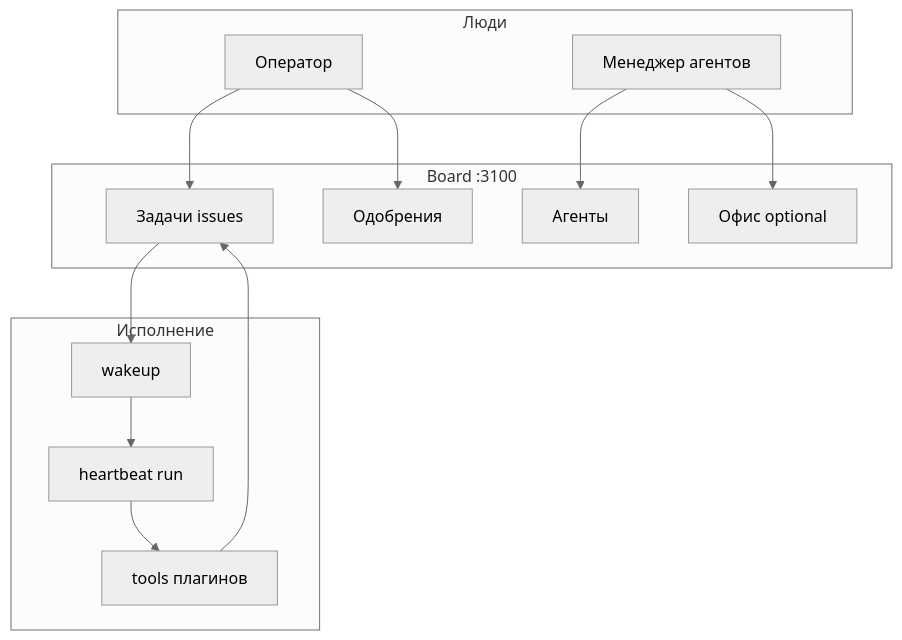
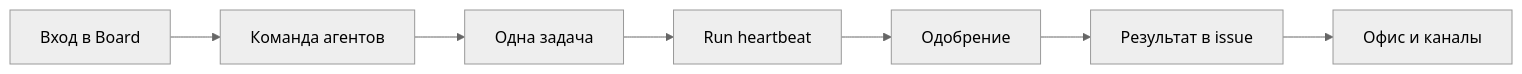
One commit to Dmitriion/datagent-docs changed the diagram in docs/guides/index.md. Above: the diagram before and after it, drawn with Mermaid (neutral theme). The commit also changed other lines of this file and 20 other files, not shown here.

````diff
--- a/docs/guides/index.md
+++ b/docs/guides/index.md
@@ -25,26 +34,9 @@
 ```mermaid
-flowchart TB
-  subgraph People [Люди]
-    Op[Оператор]
-    Mgr[Менеджер агентов]
-  end
-  subgraph Board [Board :3100]
-    Agents[Агенты]
-    Issues[Задачи issues]
-    Appr[Одобрения]
-    Office[Офис optional]
-  end
-  subgraph Run [Исполнение]
-    Wakeup[wakeup]
-    HB[heartbeat run]
-    Tools[tools плагинов]
-  end
-  Op --> Issues
-  Op --> Appr
-  Mgr --> Agents
-  Mgr --> Office
-  Issues --> Wakeup
-  Wakeup --> HB
-  HB --> Tools
-  Tools --> Issues
+flowchart LR
+  A[Вход в Board] --> B[Команда агентов]
+  B --> C[Одна задача]
+  C --> D[Run heartbeat]
+  D --> E[Одобрение]
+  E --> F[Результат в issue]
+  F --> G[Офис и каналы]
 ```
````
